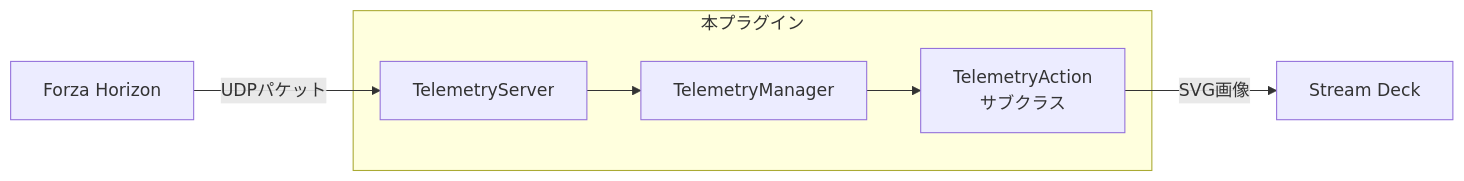
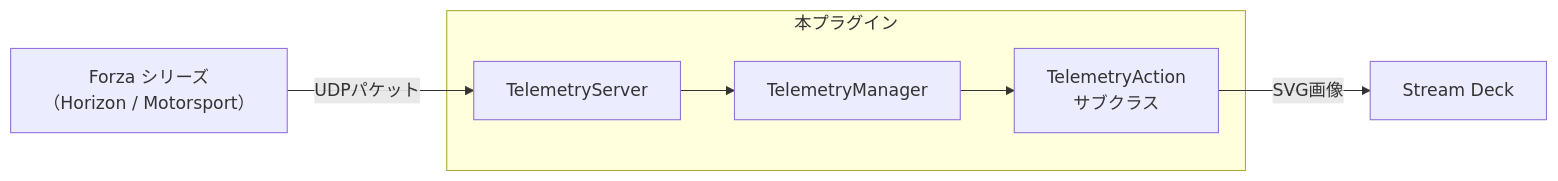
Before and after one commit to shiguruikai/streamdeck-forza-telemetry: the diagram in docs/architecture.md, drawn with Mermaid. The commit also changed other lines of this file and 2 other files, not shown here.

Commit message:
docs: Forza Motorsport 対応に伴うドキュメント更新とデザインルールの微修正

````diff
--- a/docs/architecture.md
+++ b/docs/architecture.md
@@ -68,15 +68,15 @@
 ```mermaid
 flowchart LR
-    FH[Forza Horizon]
+    Forza["Forza シリーズ\n（Horizon / Motorsport）"]
     Server[TelemetryServer]
     Manager[TelemetryManager]
     Actions[TelemetryAction\nサブクラス]
     SD[Stream Deck]
 
-    FH -->|UDPパケット| Server
+    Forza -->|UDPパケット| Server
     subgraph 本プラグイン
         Server --> Manager
         Manager --> Actions
     end
     Actions -->|SVG画像| SD
 ```
````
